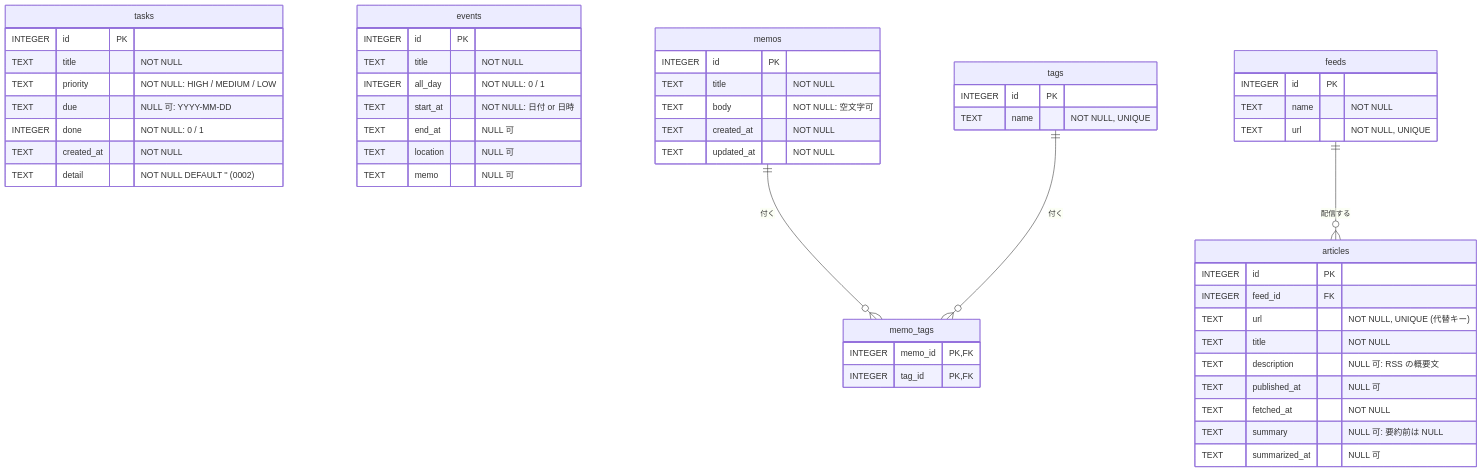
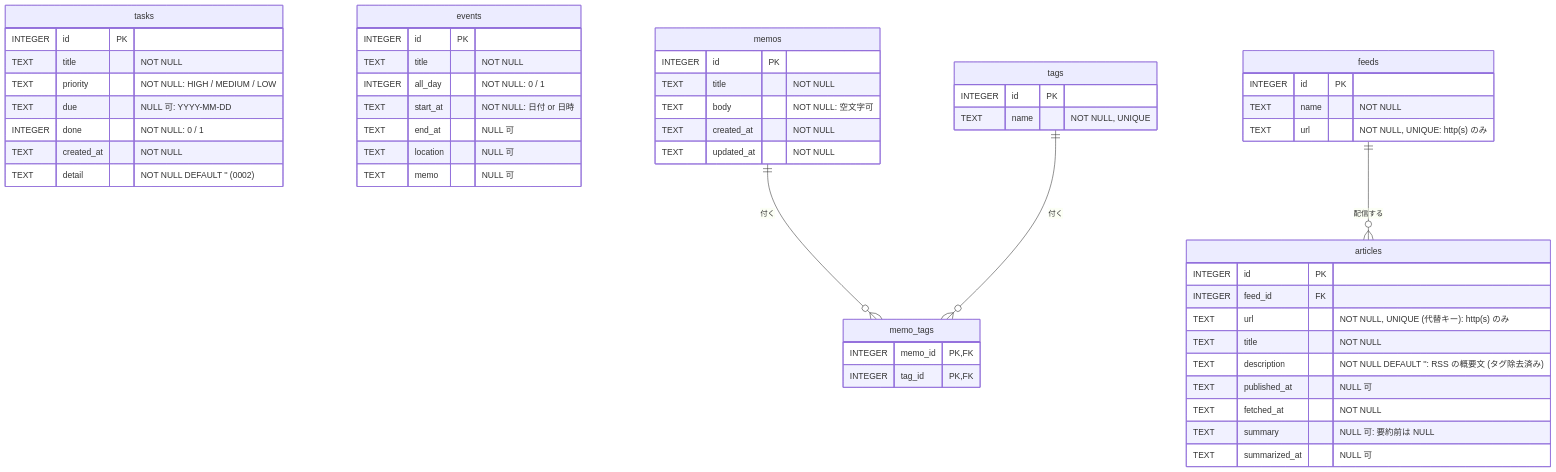
One commit to YANASAN-eng/PDA-application changed the diagram in docs/db/er.md. Above: the diagram before and after it, drawn with Mermaid. The commit also changed other lines of this file and 2 other files, not shown here.

Commit message:
Add feeds and articles tables (migration 0003)

````diff
--- a/docs/db/er.md
+++ b/docs/db/er.md
@@ -6,56 +6,56 @@
 ```mermaid
 erDiagram
     tasks {
         INTEGER id PK
         TEXT title "NOT NULL"
         TEXT priority "NOT NULL: HIGH / MEDIUM / LOW"
         TEXT due "NULL 可: YYYY-MM-DD"
         INTEGER done "NOT NULL: 0 / 1"
         TEXT created_at "NOT NULL"
         TEXT detail "NOT NULL DEFAULT '' (0002)"
     }
     events {
         INTEGER id PK
         TEXT title "NOT NULL"
         INTEGER all_day "NOT NULL: 0 / 1"
         TEXT start_at "NOT NULL: 日付 or 日時"
         TEXT end_at "NULL 可"
         TEXT location "NULL 可"
         TEXT memo "NULL 可"
     }
     memos {
         INTEGER id PK
         TEXT title "NOT NULL"
         TEXT body "NOT NULL: 空文字可"
         TEXT created_at "NOT NULL"
         TEXT updated_at "NOT NULL"
     }
     tags {
         INTEGER id PK
         TEXT name "NOT NULL, UNIQUE"
     }
     memo_tags {
         INTEGER memo_id PK, FK
         INTEGER tag_id PK, FK
     }
     feeds {
         INTEGER id PK
         TEXT name "NOT NULL"
-        TEXT url "NOT NULL, UNIQUE"
+        TEXT url "NOT NULL, UNIQUE: http(s) のみ"
     }
     articles {
         INTEGER id PK
         INTEGER feed_id FK
-        TEXT url "NOT NULL, UNIQUE (代替キー)"
+        TEXT url "NOT NULL, UNIQUE (代替キー): http(s) のみ"
         TEXT title "NOT NULL"
-        TEXT description "NULL 可: RSS の概要文"
+        TEXT description "NOT NULL DEFAULT '': RSS の概要文 (タグ除去済み)"
         TEXT published_at "NULL 可"
         TEXT fetched_at "NOT NULL"
         TEXT summary "NULL 可: 要約前は NULL"
         TEXT summarized_at "NULL 可"
     }
 
     memos ||--o{ memo_tags : "付く"
     tags ||--o{ memo_tags : "付く"
     feeds ||--o{ articles : "配信する"
 ```
````
